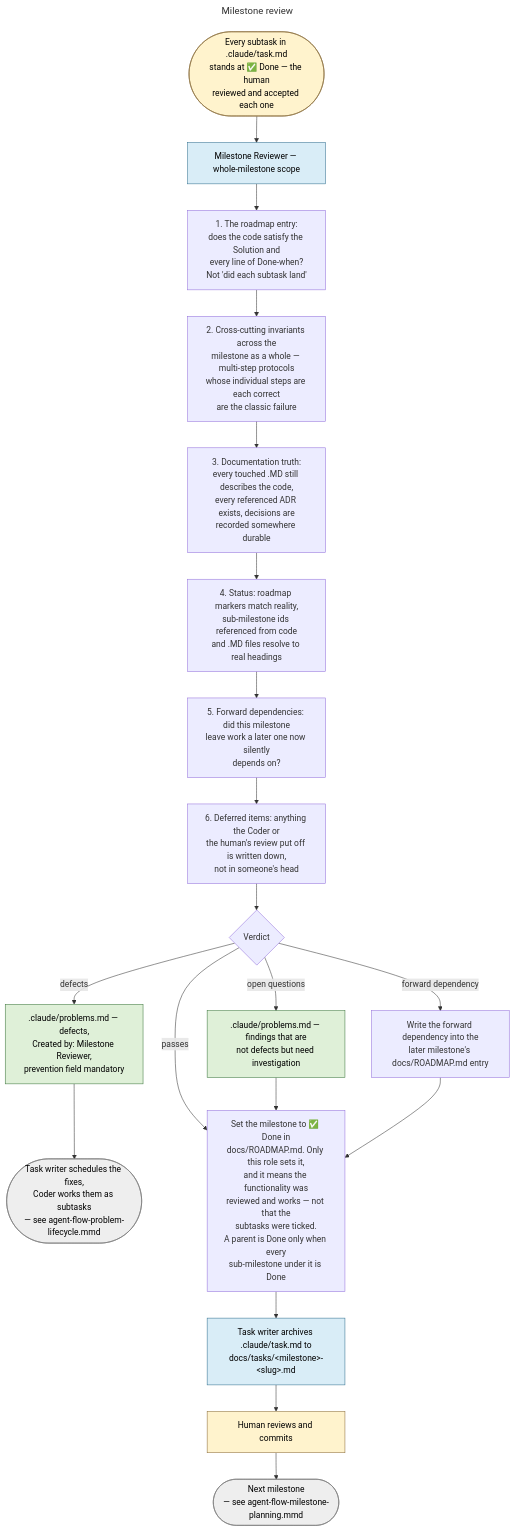
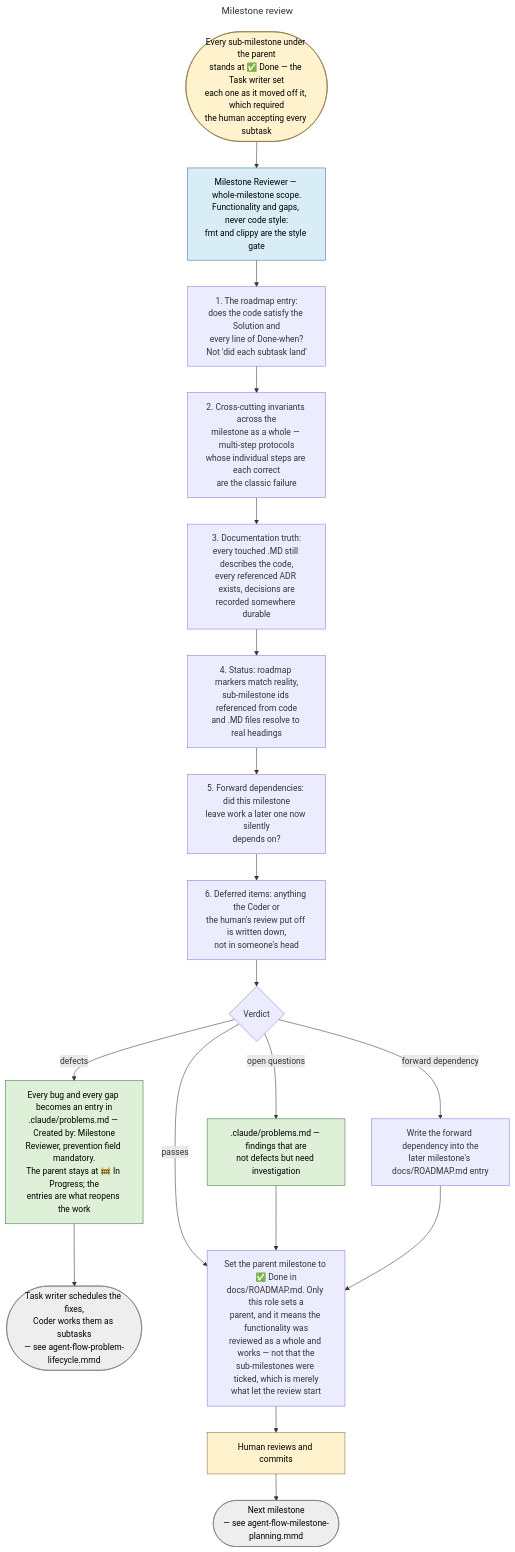
One commit to Dmitriy-G/simple_rdbms changed the diagram in docs/diagrams/agent-flow-milestone-review.mmd. Above: the diagram before and after it, drawn with Mermaid. The commit also changed 9 other files, not shown here.

Commit message:
Change the agents flow

```diff
--- a/docs/diagrams/agent-flow-milestone-review.mmd
+++ b/docs/diagrams/agent-flow-milestone-review.mmd
@@ -1,37 +1,36 @@
 ---
 title: Milestone review
 ---
 flowchart TD
     classDef human fill:#fff3cd,stroke:#8a6d3b,color:#000
     classDef role fill:#d9edf7,stroke:#31708f,color:#000
     classDef channel fill:#dff0d8,stroke:#3c763d,color:#000
     classDef stop fill:#eeeeee,stroke:#777,color:#000
 
-    START(["Every subtask in .claude/task.md<br/>stands at ✅ Done — the human<br/>reviewed and accepted each one"]):::human
-    MR["Milestone Reviewer — whole-milestone scope"]:::role
+    START(["Every sub-milestone under the parent<br/>stands at ✅ Done — the Task writer set<br/>each one as it moved off it, which required<br/>the human accepting every subtask"]):::human
+    MR["Milestone Reviewer — whole-milestone scope.<br/>Functionality and gaps, never code style:<br/>fmt and clippy are the style gate"]:::role
 
     C1["1. The roadmap entry:<br/>does the code satisfy the Solution and<br/>every line of Done-when?<br/>Not 'did each subtask land'"]
     C2["2. Cross-cutting invariants across the<br/>milestone as a whole — multi-step protocols<br/>whose individual steps are each correct<br/>are the classic failure"]
     C3["3. Documentation truth:<br/>every touched .MD still describes the code,<br/>every referenced ADR exists, decisions are<br/>recorded somewhere durable"]
     C4["4. Status: roadmap markers match reality,<br/>sub-milestone ids referenced from code<br/>and .MD files resolve to real headings"]
     C5["5. Forward dependencies: did this milestone<br/>leave work a later one now silently<br/>depends on?"]
     C6["6. Deferred items: anything the Coder or<br/>the human's review put off is written down,<br/>not in someone's head"]
 
     VERDICT{"Verdict"}
-    BUGS[".claude/problems.md — defects,<br/>Created by: Milestone Reviewer,<br/>prevention field mandatory"]:::channel
+    BUGS["Every bug and every gap becomes an entry in<br/>.claude/problems.md — Created by: Milestone<br/>Reviewer, prevention field mandatory.<br/>The parent stays at 🚧 In Progress; the<br/>entries are what reopens the work"]:::channel
     PROB[".claude/problems.md — findings that are<br/>not defects but need investigation"]:::channel
     FWD["Write the forward dependency into the<br/>later milestone's docs/ROADMAP.md entry"]
 
     LOOP(["Task writer schedules the fixes,<br/>Coder works them as subtasks<br/>— see agent-flow-problem-lifecycle.mmd"]):::stop
-    DONE["Set the milestone to ✅ Done in<br/>docs/ROADMAP.md. Only this role sets it,<br/>and it means the functionality was<br/>reviewed and works — not that the<br/>subtasks were ticked.<br/>A parent is Done only when every<br/>sub-milestone under it is Done"]
-    ARCHIVE["Task writer archives .claude/task.md to<br/>docs/tasks/&lt;milestone&gt;-&lt;slug&gt;.md"]:::role
+    DONE["Set the parent milestone to ✅ Done in<br/>docs/ROADMAP.md. Only this role sets a<br/>parent, and it means the functionality was<br/>reviewed as a whole and works — not that the<br/>sub-milestones were ticked, which is merely<br/>what let the review start"]
     HUMAN["Human reviews and commits"]:::human
     NEXT(["Next milestone<br/>— see agent-flow-milestone-planning.mmd"]):::stop
 
     START --> MR --> C1 --> C2 --> C3 --> C4 --> C5 --> C6 --> VERDICT
     VERDICT -- "defects" --> BUGS --> LOOP
     VERDICT -- "open questions" --> PROB
     VERDICT -- "forward dependency" --> FWD
-    VERDICT -- "passes" --> DONE --> ARCHIVE --> HUMAN --> NEXT
+    VERDICT -- "passes" --> DONE --> HUMAN --> NEXT
     PROB --> DONE
     FWD --> DONE
```
